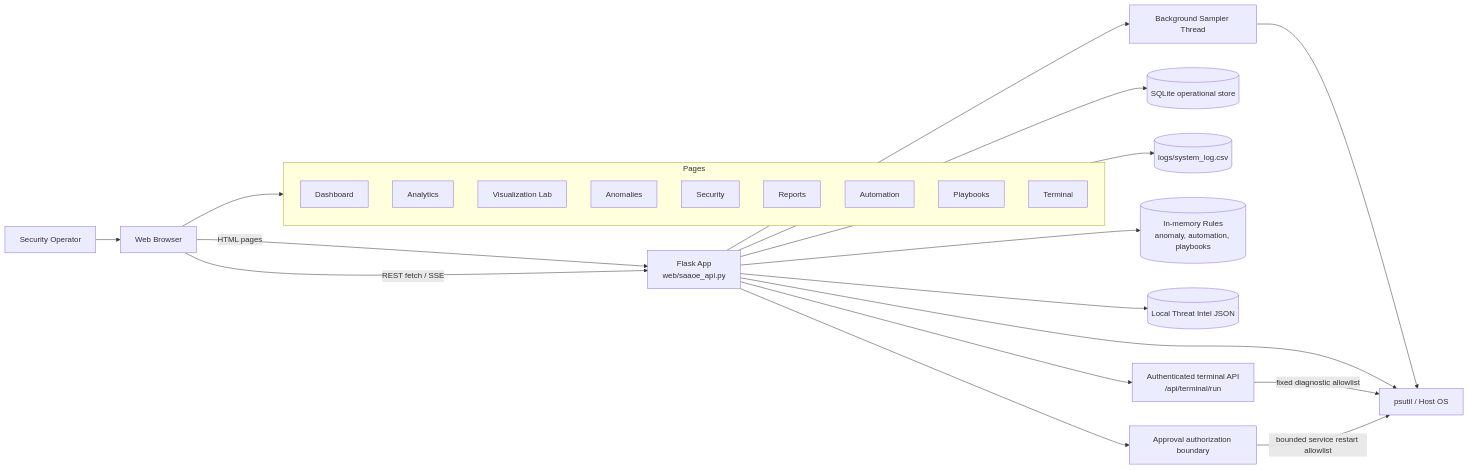
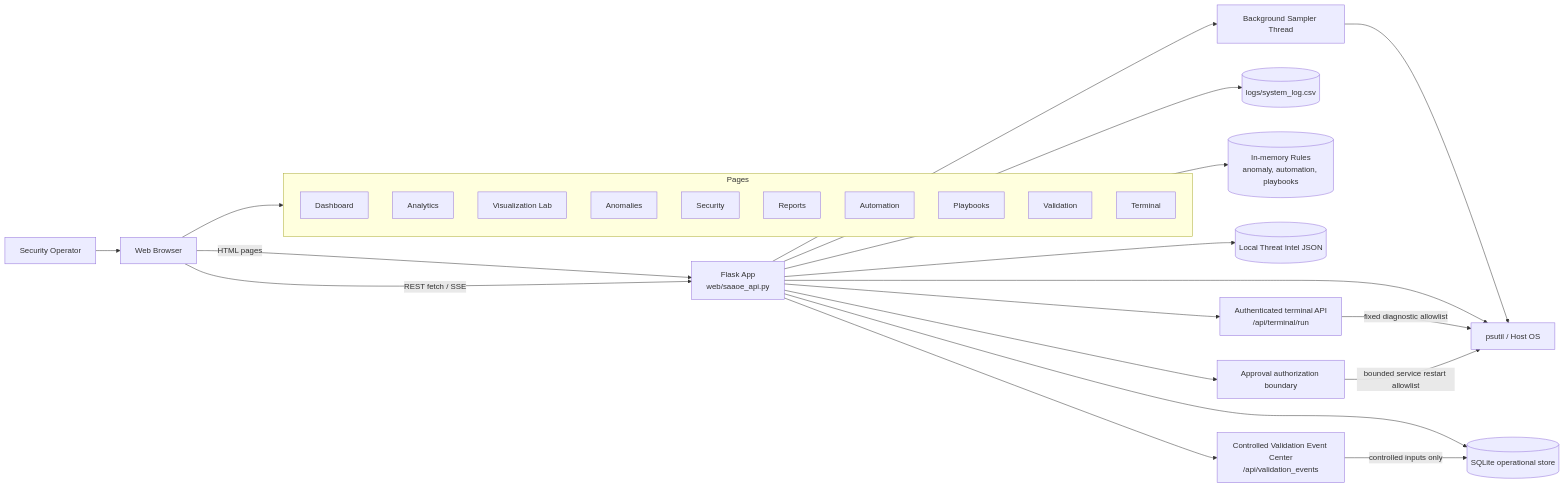
The first of 30 diagrams in docs/uml-diagrams.md (Ryner88/Sysethic), drawn with Mermaid before and after one commit. The commit also changed other lines of this file and 7 other files, not shown here.

Commit message:
Add controlled validation event center

````diff
--- a/docs/uml-diagrams.md
+++ b/docs/uml-diagrams.md
@@ -7,43 +7,47 @@
 ```mermaid
 flowchart LR
     Operator[Security Operator]
     Browser[Web Browser]
     Flask[Flask App<br/>web/saaoe_api.py]
     Sampler[Background Sampler Thread]
     Psutil[psutil / Host OS]
     SQLite[(SQLite operational store)]
     Logs[(logs/system_log.csv)]
     Rules[(In-memory Rules<br/>anomaly, automation, playbooks)]
     ThreatIntel[(Local Threat Intel JSON)]
     TerminalAPI[Authenticated terminal API<br/>/api/terminal/run]
     ApprovalBoundary[Approval authorization boundary]
+    ValidationCenter[Controlled Validation Event Center<br/>/api/validation_events]
 
     Operator --> Browser
     Browser -->|HTML pages| Flask
     Browser -->|REST fetch / SSE| Flask
     Flask --> Sampler
     Sampler --> Psutil
     Flask --> Psutil
     Flask --> SQLite
     Flask --> Logs
     Flask --> Rules
     Flask --> ThreatIntel
     Flask --> TerminalAPI
     Flask --> ApprovalBoundary
+    Flask --> ValidationCenter
     TerminalAPI -->|fixed diagnostic allowlist| Psutil
     ApprovalBoundary -->|bounded service restart allowlist| Psutil
+    ValidationCenter -->|controlled inputs only| SQLite
 
     subgraph Pages
       Dashboard[Dashboard]
       Analytics[Analytics]
       VisualizationLab[Visualization Lab]
       Anomalies[Anomalies]
       Security[Security]
       Reports[Reports]
       Automation[Automation]
       Playbooks[Playbooks]
+      Validation[Validation]
       Terminal[Terminal]
     end
 
     Browser --> Pages
 ```
````
